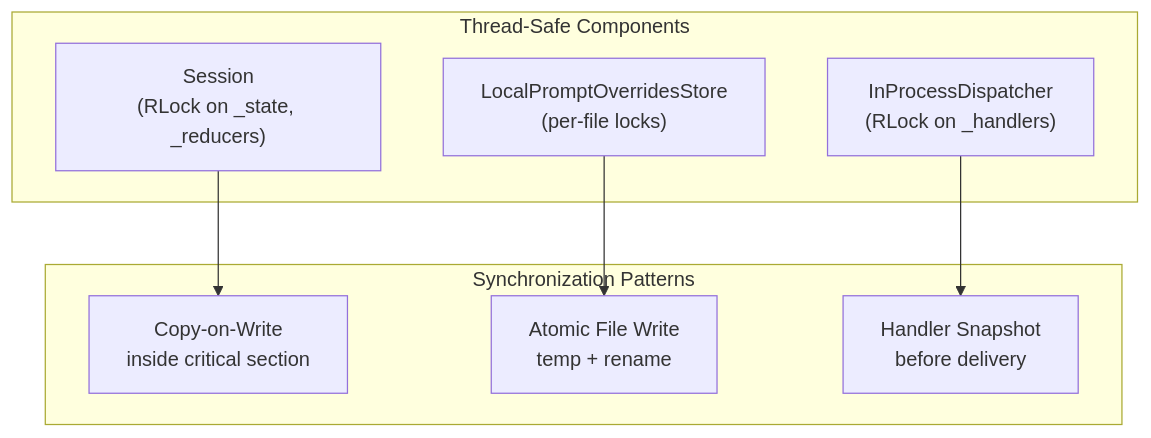
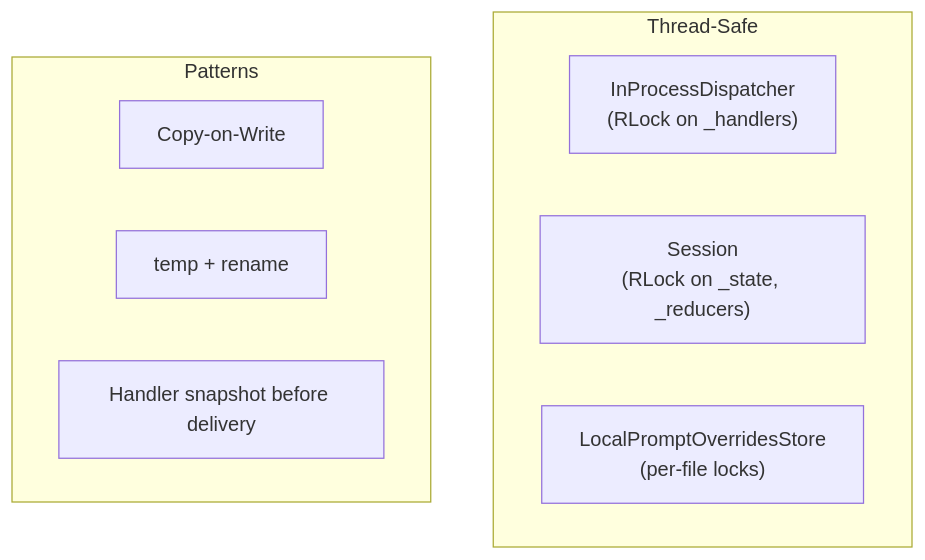
Before and after one commit to weakincentives/weakincentives: the diagram in specs/THREAD_SAFETY.md, drawn with Mermaid. The commit also changed other lines of this file and 34 other files, not shown here.

````diff
--- a/specs/THREAD_SAFETY.md
+++ b/specs/THREAD_SAFETY.md
@@ -24,18 +14,13 @@
 ```mermaid
 flowchart TB
-    subgraph ThreadSafe["Thread-Safe Components"]
+    subgraph Safe["Thread-Safe"]
         Dispatcher["InProcessDispatcher<br/>(RLock on _handlers)"]
         Session["Session<br/>(RLock on _state, _reducers)"]
         OverrideStore["LocalPromptOverridesStore<br/>(per-file locks)"]
     end
-
-    subgraph Patterns["Synchronization Patterns"]
-        CopyOnWrite["Copy-on-Write<br/>inside critical section"]
-        AtomicRename["Atomic File Write<br/>temp + rename"]
-        SnapshotFirst["Handler Snapshot<br/>before delivery"]
+    subgraph Patterns["Patterns"]
+        CopyOnWrite["Copy-on-Write"]
+        AtomicRename["temp + rename"]
+        SnapshotFirst["Handler snapshot before delivery"]
     end
-
-    Dispatcher --> SnapshotFirst
-    Session --> CopyOnWrite
-    OverrideStore --> AtomicRename
 ```
````
